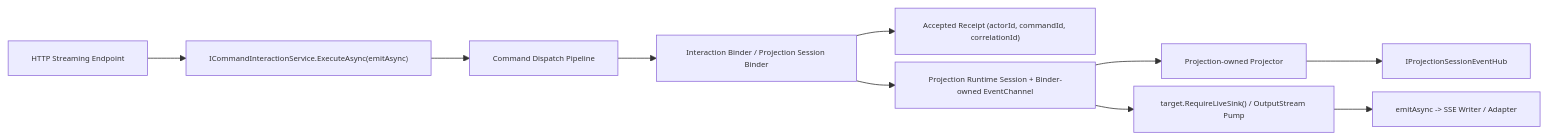
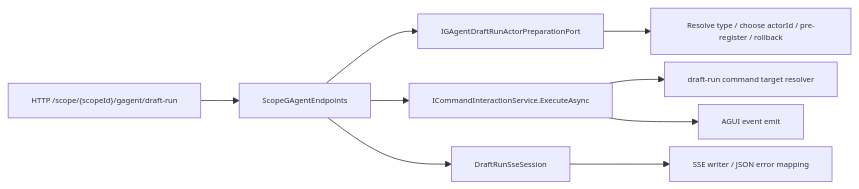
The third of 3 diagrams in docs/history/2026-04/2026-04-17-issue-204-agui-sse-projection-session-design.md (aevatarAI/aevatar), drawn with Mermaid before and after one commit. The commit also changed other lines of this file and 1 other file, not shown here.

Commit message:
Refine draft-run host flow and docs

````diff
--- a/docs/history/2026-04/2026-04-17-issue-204-agui-sse-projection-session-design.md
+++ b/docs/history/2026-04/2026-04-17-issue-204-agui-sse-projection-session-design.md
@@ -266,13 +103,12 @@
 ```mermaid
 %%{init: {"maxTextSize": 100000, "flowchart": {"useMaxWidth": false, "nodeSpacing": 10, "rankSpacing": 50}, "themeVariables": {"fontSize": "10px"}}}%%
 flowchart LR
-    A["HTTP Streaming Endpoint"] --> B["ICommandInteractionService.ExecuteAsync(emitAsync)"]
-    B --> C["Command Dispatch Pipeline"]
-    C --> D["Interaction Binder / Projection Session Binder"]
-    D --> E["Accepted Receipt (actorId, commandId, correlationId)"]
-    D --> F["Projection Runtime Session + Binder-owned EventChannel<TEvent>"]
-    F --> G["Projection-owned Projector"]
-    G --> H["IProjectionSessionEventHub<TEvent>"]
-    F --> I["target.RequireLiveSink() / OutputStream Pump"]
-    I --> J["emitAsync -> SSE Writer / Adapter"]
+    A["HTTP /scope/{scopeId}/gagent/draft-run"] --> B["ScopeGAgentEndpoints"]
+    B --> C["IGAgentDraftRunActorPreparationPort"]
+    C --> D["Resolve type / choose actorId / pre-register / rollback"]
+    B --> E["ICommandInteractionService.ExecuteAsync"]
+    E --> F["draft-run command target resolver"]
+    E --> G["AGUI event emit"]
+    B --> H["DraftRunSseSession"]
+    H --> I["SSE writer / JSON error mapping"]
 ```
````
